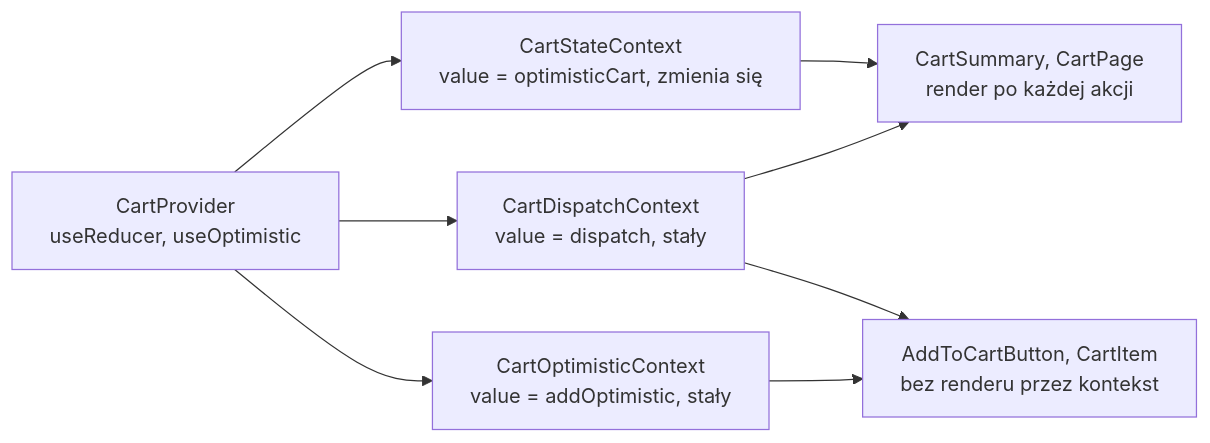
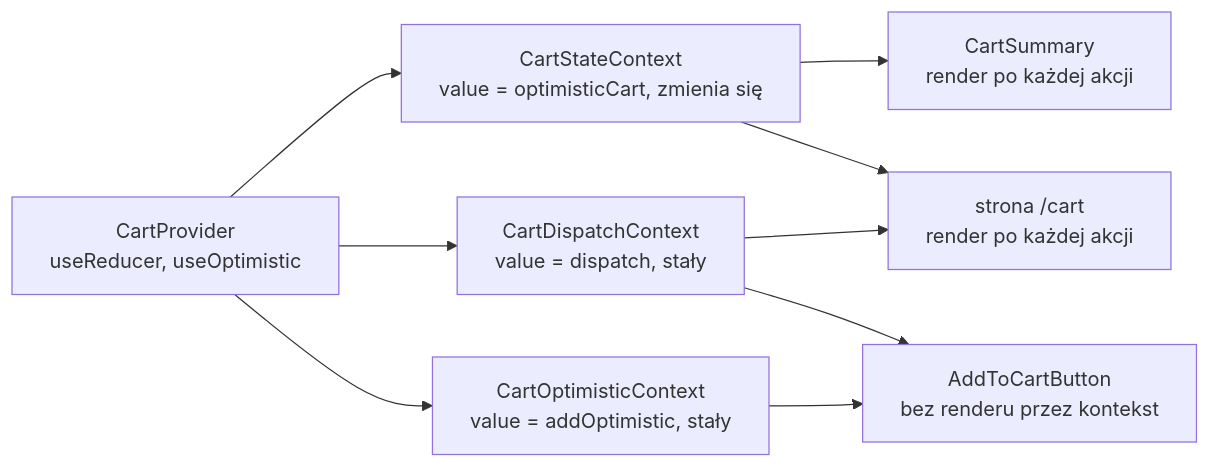
Before and after one commit to mmiotk/frontend-development-ug: the diagram in lecture04/slides/slide_12_podzial-kontekstu.md, drawn with Mermaid. The commit also changed other lines of this file and 38 other files, not shown here.

````diff
--- a/lecture04/slides/slide_12_podzial-kontekstu.md
+++ b/lecture04/slides/slide_12_podzial-kontekstu.md
@@ -77,11 +89,12 @@
 ```mermaid
 %%{init: {"flowchart": {"wrappingWidth": 360}}}%%
 flowchart LR
     R["CartProvider<br/>useReducer, useOptimistic"] --> S["CartStateContext<br/>value = optimisticCart, zmienia się"]
     R --> D["CartDispatchContext<br/>value = dispatch, stały"]
     R --> O["CartOptimisticContext<br/>value = addOptimistic, stały"]
-    S --> CS["CartSummary, CartPage<br/>render po każdej akcji"]
-    D --> CS
-    D --> AB["AddToCartButton, CartItem<br/>bez renderu przez kontekst"]
+    S --> CS["CartSummary<br/>render po każdej akcji"]
+    S --> CP["strona /cart<br/>render po każdej akcji"]
+    D --> CP
+    D --> AB["AddToCartButton<br/>bez renderu przez kontekst"]
     O --> AB
 ```
````
